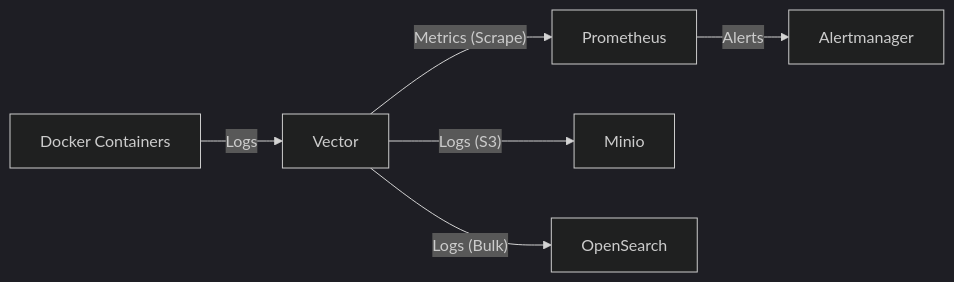
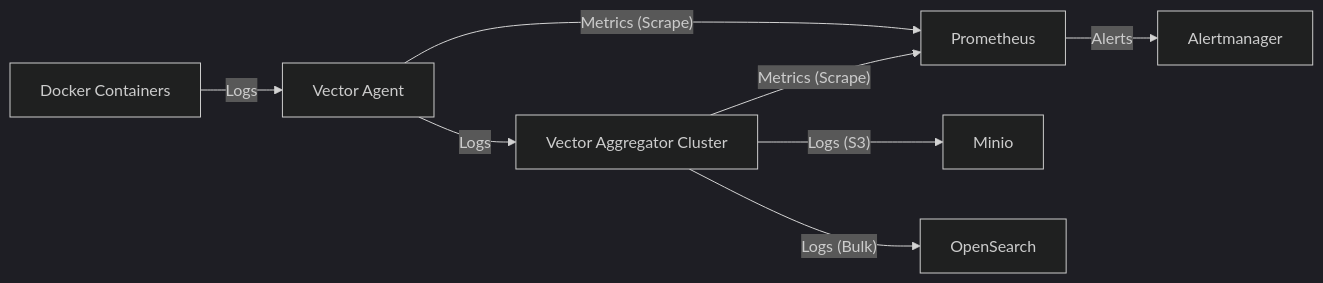
Before and after one commit to JareckiB12/vector: the diagram in README.md, drawn with Mermaid (dark theme). The commit also changed other lines of this file, not shown here.

Commit message:
docs: Clarify Vector architecture in README by detailing separate Agent and Aggregator components, updating data flow diagrams, and specifying their metrics and configurations.

````diff
--- a/README.md
+++ b/README.md
@@ -33,8 +37,10 @@
 ```mermaid
 graph LR
-    Docker[Docker Containers] -- Logs --> Vector
-    Vector -- Metrics (Scrape) --> Prometheus
-    Vector -- Logs (S3) --> Minio
-    Vector -- Logs (Bulk) --> OpenSearch
+    Docker[Docker Containers] -- Logs --> VectorAgent[Vector Agent]
+    VectorAgent -- Logs --> VectorAgg[Vector Aggregator Cluster]
+    VectorAgg -- Metrics (Scrape) --> Prometheus
+    VectorAgent -- Metrics (Scrape) --> Prometheus
+    VectorAgg -- Logs (S3) --> Minio
+    VectorAgg -- Logs (Bulk) --> OpenSearch
     Prometheus -- Alerts --> Alertmanager
 ```
````
